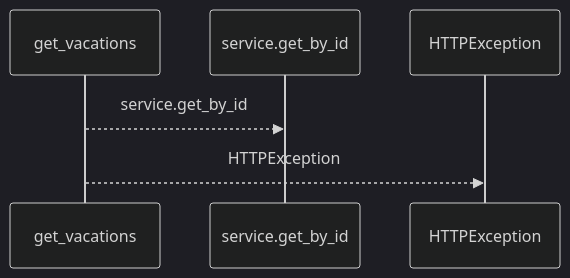
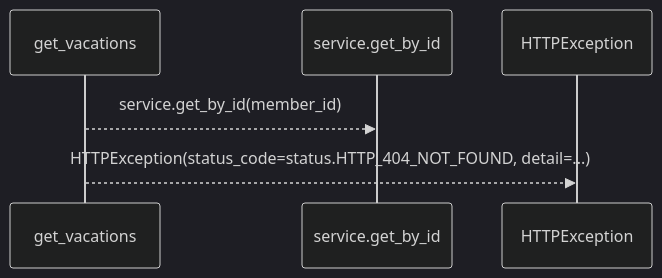
One commit to Denissvgn/WorkChord changed the first of 2 diagrams in docs/llm_wiki/flows/http-get_vacations.md. Above: the diagram before and after it, drawn with Mermaid (dark theme). The commit also changed other lines of this file and 25171 other files, not shown here.

````diff
--- a/docs/llm_wiki/flows/http-get_vacations.md
+++ b/docs/llm_wiki/flows/http-get_vacations.md
@@ -10,8 +12,8 @@
 ```mermaid
 sequenceDiagram
     participant p0 as get_vacations
     participant p1 as service.get_by_id
     participant p2 as HTTPException
-    p0-->>p1: service.get_by_id
-    p0-->>p2: HTTPException
+    p0-->>p1: service.get_by_id(member_id)
+    p0-->>p2: HTTPException(status_code=status.HTTP_404_NOT_FOUND, detail=...)
 ```
````
